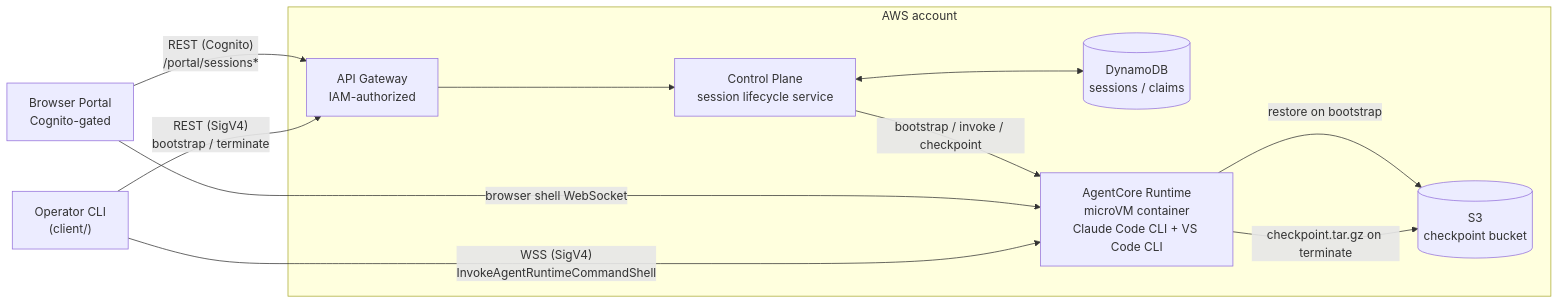
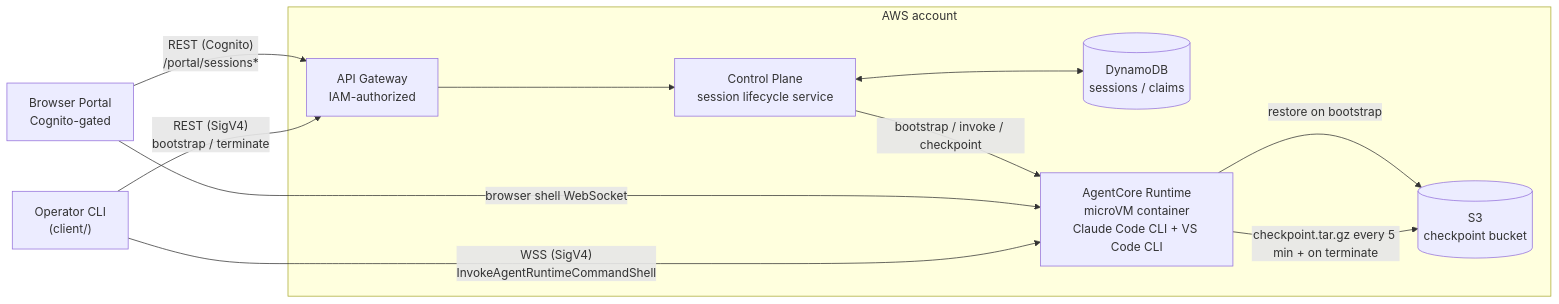
The diagram in claude-code-on-agentcore-runtime-microvm/README.md (aws-samples/anthropic-on-aws), drawn with Mermaid before and after one commit. The commit also changed other lines of this file and 3 other files, not shown here.

````diff
--- a/claude-code-on-agentcore-runtime-microvm/README.md
+++ b/claude-code-on-agentcore-runtime-microvm/README.md
@@ -19,22 +19,22 @@
 ```mermaid
 flowchart LR
     CLI["Operator CLI<br/>(client/)"]
     Portal["Browser Portal<br/>Cognito-gated"]
 
     subgraph AWS["AWS account"]
         APIGW["API Gateway<br/>IAM-authorized"]
         CP["Control Plane<br/>session lifecycle service"]
         DDB[("DynamoDB<br/>sessions / claims")]
         S3[("S3<br/>checkpoint bucket")]
         AR["AgentCore Runtime<br/>microVM container<br/>Claude Code CLI + VS Code CLI"]
     end
 
     CLI -- "REST (SigV4)<br/>bootstrap / terminate" --> APIGW --> CP
     CLI -- "WSS (SigV4)<br/>InvokeAgentRuntimeCommandShell" --> AR
     Portal -- "REST (Cognito)<br/>/portal/sessions*" --> APIGW
     Portal -- "browser shell WebSocket" --> AR
     CP -- "bootstrap / invoke / checkpoint" --> AR
     CP <--> DDB
-    AR -- "checkpoint.tar.gz on terminate" --> S3
+    AR -- "checkpoint.tar.gz every 5 min + on terminate" --> S3
     AR -- "restore on bootstrap" --> S3
 ```
````
